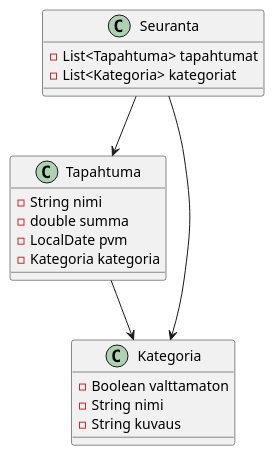
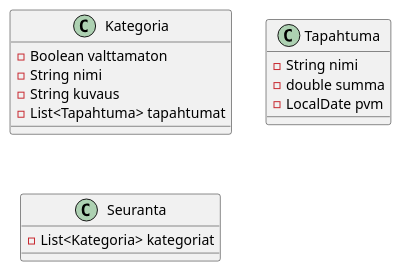
One commit to ohj-perus-jy/ohj2 changed the first of 4 diagrams in src/osa9/01-harjoitustyo.md. Above: the diagram before and after it, drawn with PlantUML. The commit also changed 2 other files, not shown here.

Commit message:
Kulujen seuranta tietomalli

````diff
--- a/src/osa9/01-harjoitustyo.md
+++ b/src/osa9/01-harjoitustyo.md
@@ -59,25 +59,23 @@
 ```plantuml
 @startuml
+class Kategoria {
+  - Boolean valttamaton
+  - String nimi
+  - String kuvaus
+  - List<Tapahtuma> tapahtumat
+}
+
 class Tapahtuma {
   - String nimi
   - double summa
   - LocalDate pvm
-  - Kategoria kategoria
 }
 
-class Kategoria {
-  - Boolean valttamaton
-  - String nimi
-  - String kuvaus
-}
 
 class Seuranta {
-  - List<Tapahtuma> tapahtumat
   - List<Kategoria> kategoriat
 }
 
-Tapahtuma --> Kategoria
-Seuranta --> Tapahtuma
-Seuranta --> Kategoria
+
 @enduml
 ```
````
